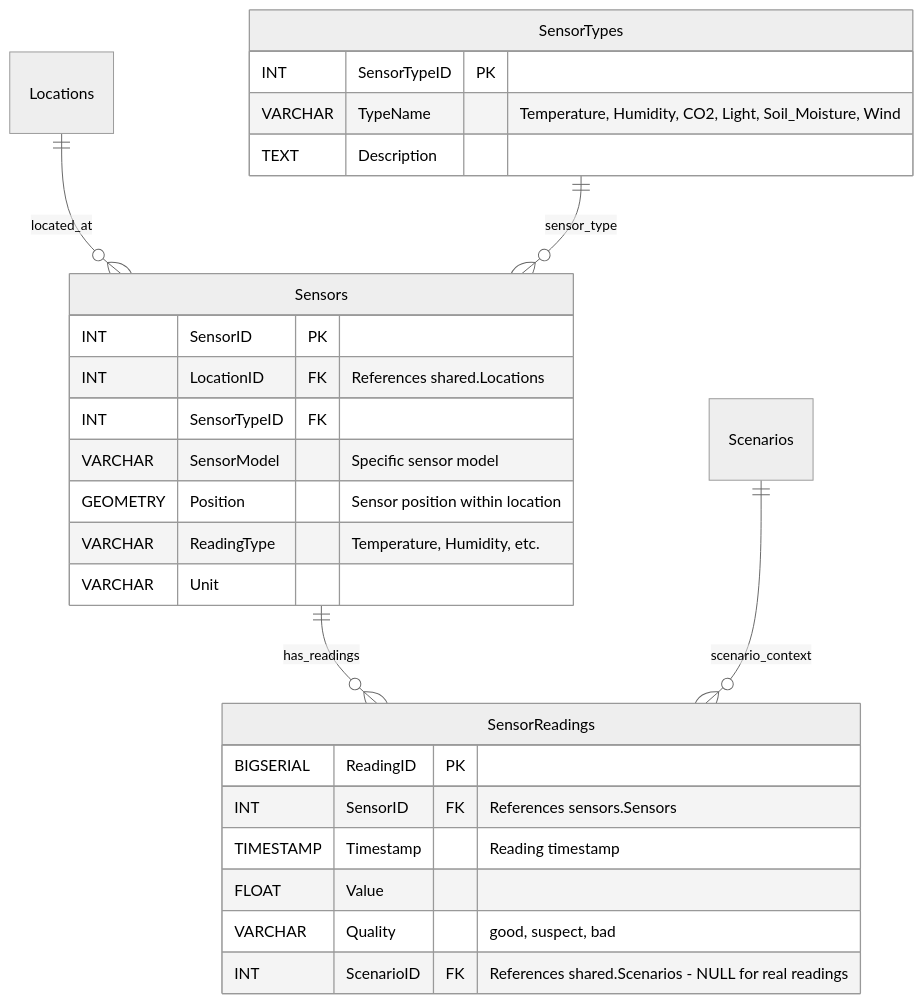
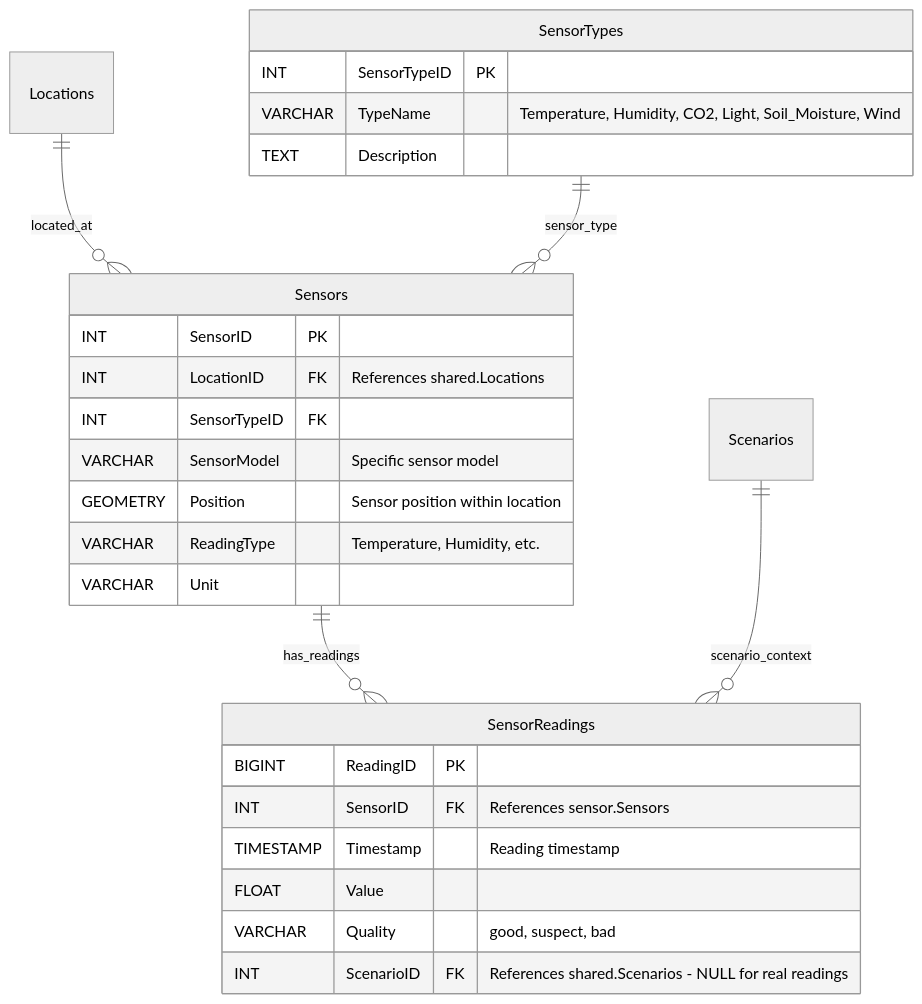
Before and after one commit to XRFutureForests/digital-twin-db: the ninth of 10 diagrams in docs/architecture/database.md, drawn with Mermaid. The commit also changed other lines of this file and 5 other files, not shown here.

````diff
--- a/docs/architecture/database.md
+++ b/docs/architecture/database.md
@@ -418,38 +488,38 @@
 ```mermaid
 %%{init: {
   "theme": "neutral"
 }}%%
 erDiagram
     Locations
     Scenarios
 
     SensorTypes {
         INT SensorTypeID PK
         VARCHAR TypeName "Temperature, Humidity, CO2, Light, Soil_Moisture, Wind"
         TEXT Description
     }
 
     Sensors {
         INT SensorID PK
         INT LocationID FK "References shared.Locations"
         INT SensorTypeID FK
         VARCHAR SensorModel "Specific sensor model"
         GEOMETRY Position "Sensor position within location"
         VARCHAR ReadingType "Temperature, Humidity, etc."
         VARCHAR Unit
     }
 
     SensorReadings {
-        BIGSERIAL ReadingID PK
-        INT SensorID FK "References sensors.Sensors"
+        BIGINT ReadingID PK
+        INT SensorID FK "References sensor.Sensors"
         TIMESTAMP Timestamp "Reading timestamp"
         FLOAT Value
         VARCHAR Quality "good, suspect, bad"
         INT ScenarioID FK "References shared.Scenarios - NULL for real readings"
     }
 
     Locations ||--o{ Sensors : located_at
     SensorTypes ||--o{ Sensors : sensor_type
     Sensors ||--o{ SensorReadings : has_readings
     Scenarios ||--o{ SensorReadings : scenario_context
 ```
````
